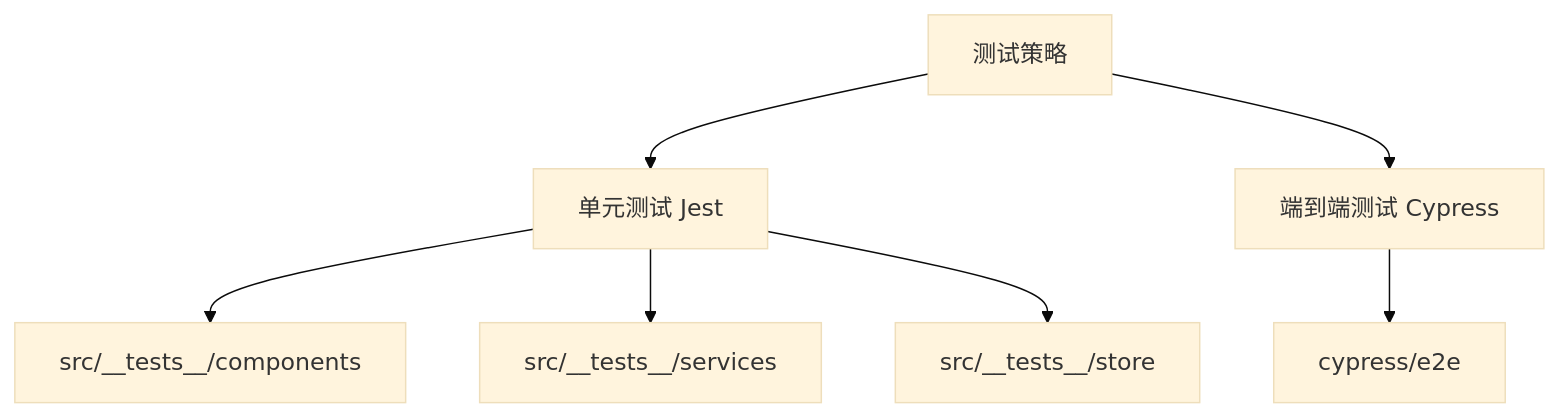
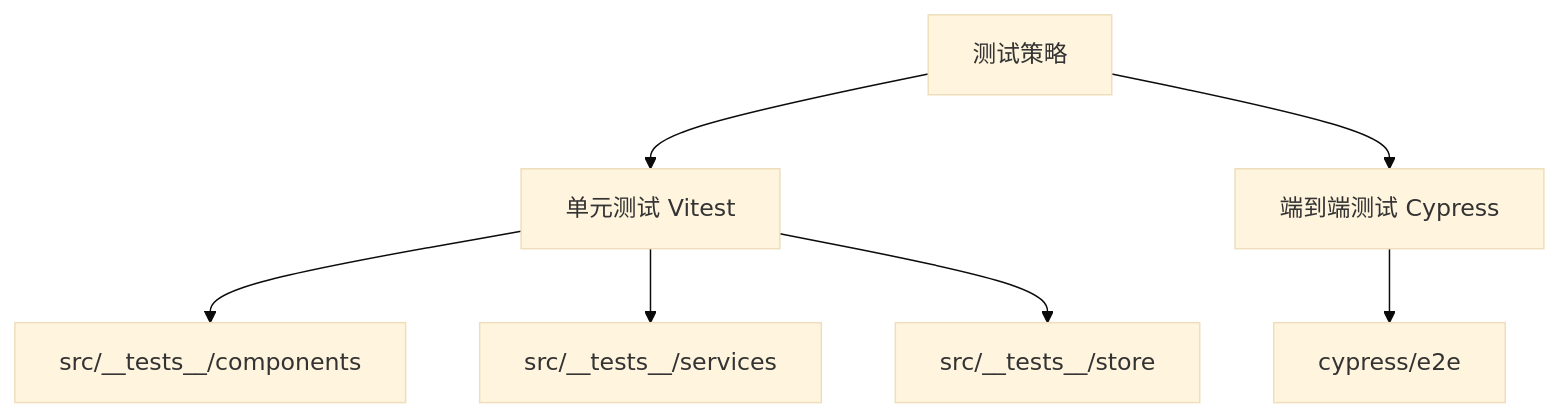
One commit to fengerzh/react-vscode-template changed the first of 2 diagrams in .qoder/repowiki/zh/content/测试策略/测试策略.md. Above: the diagram before and after it, drawn with Mermaid (base theme). The commit also changed other lines of this file and 4 other files, not shown here.

````diff
--- a/.qoder/repowiki/zh/content/测试策略/测试策略.md
+++ b/.qoder/repowiki/zh/content/测试策略/测试策略.md
@@ -41,9 +43,9 @@
 ```mermaid
 graph TD
-A[测试策略] --> B[单元测试 Jest]
+A[测试策略] --> B[单元测试 Vitest]
 A --> C[端到端测试 Cypress]
 B --> D[src/__tests__/components]
 B --> E[src/__tests__/services]
 B --> F[src/__tests__/store]
 C --> G[cypress/e2e]
 ```
````
